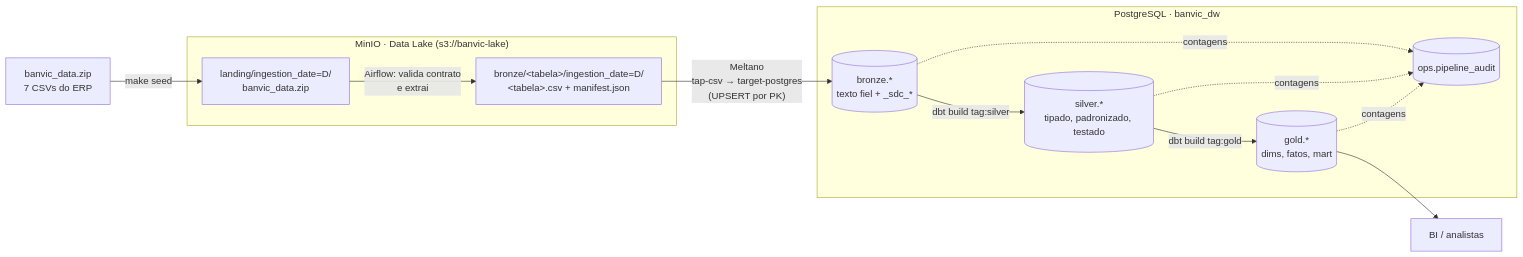
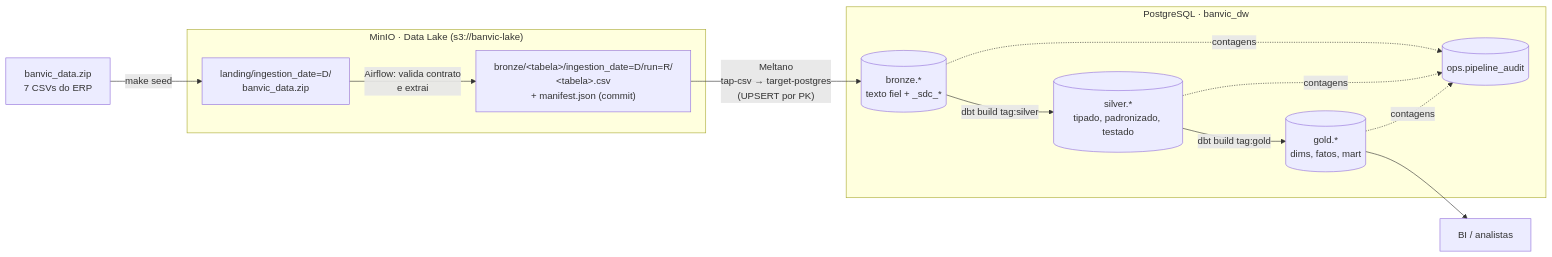
One commit to LLR798/banvic-data-platform changed the second of 3 diagrams in README.md. Above: the diagram before and after it, drawn with Mermaid. The commit also changed other lines of this file and 27 other files, not shown here.

````diff
--- a/README.md
+++ b/README.md
@@ -68,23 +87,23 @@
 ```mermaid
 flowchart LR
   SRC["banvic_data.zip<br/>7 CSVs do ERP"] -->|make seed| LAND
 
   subgraph LAKE["MinIO · Data Lake (s3://banvic-lake)"]
     LAND["landing/ingestion_date=D/<br/>banvic_data.zip"]
-    BZF["bronze/&lt;tabela&gt;/ingestion_date=D/<br/>&lt;tabela&gt;.csv + manifest.json"]
+    BZF["bronze/&lt;tabela&gt;/ingestion_date=D/run=R/<br/>&lt;tabela&gt;.csv<br/>+ manifest.json (commit)"]
   end
 
   subgraph DW["PostgreSQL · banvic_dw"]
     BZ[("bronze.*<br/>texto fiel + _sdc_*")]
     SV[("silver.*<br/>tipado, padronizado, testado")]
     GD[("gold.*<br/>dims, fatos, mart")]
     OPS[("ops.pipeline_audit")]
   end
 
   LAND -->|"Airflow: valida contrato<br/>e extrai"| BZF
   BZF -->|"Meltano<br/>tap-csv → target-postgres<br/>(UPSERT por PK)"| BZ
   BZ -->|"dbt build tag:silver"| SV
   SV -->|"dbt build tag:gold"| GD
   GD --> BI["BI / analistas"]
   BZ & SV & GD -.->|contagens| OPS
 ```
````
